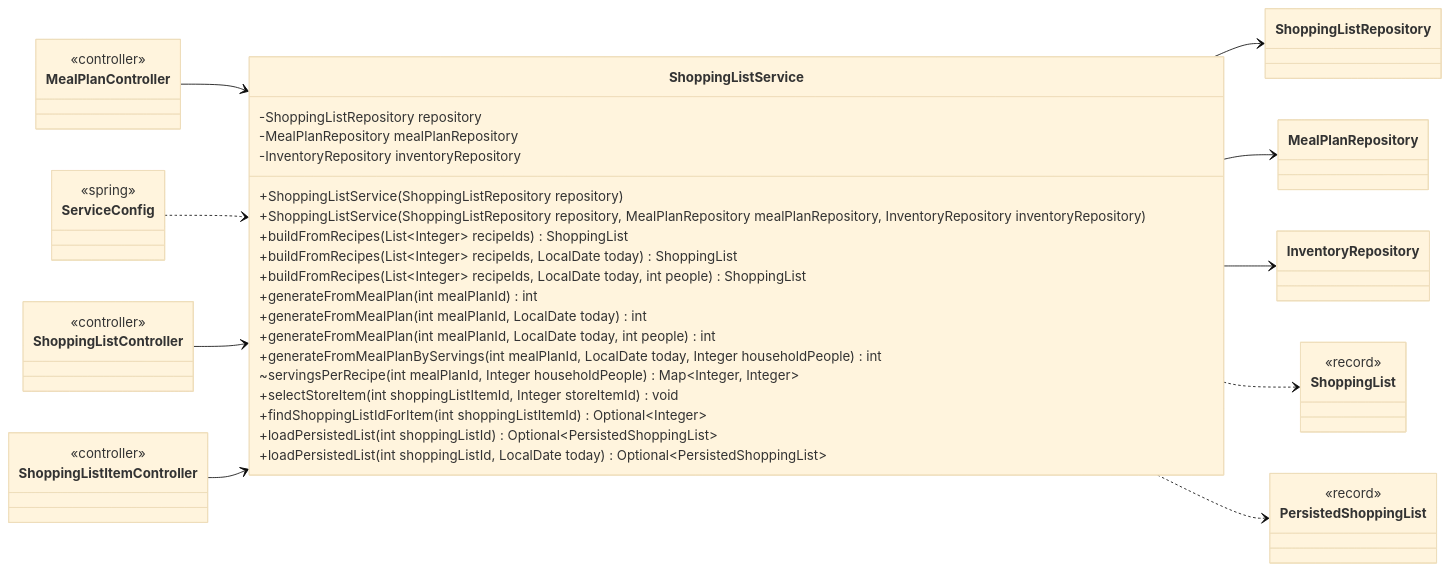
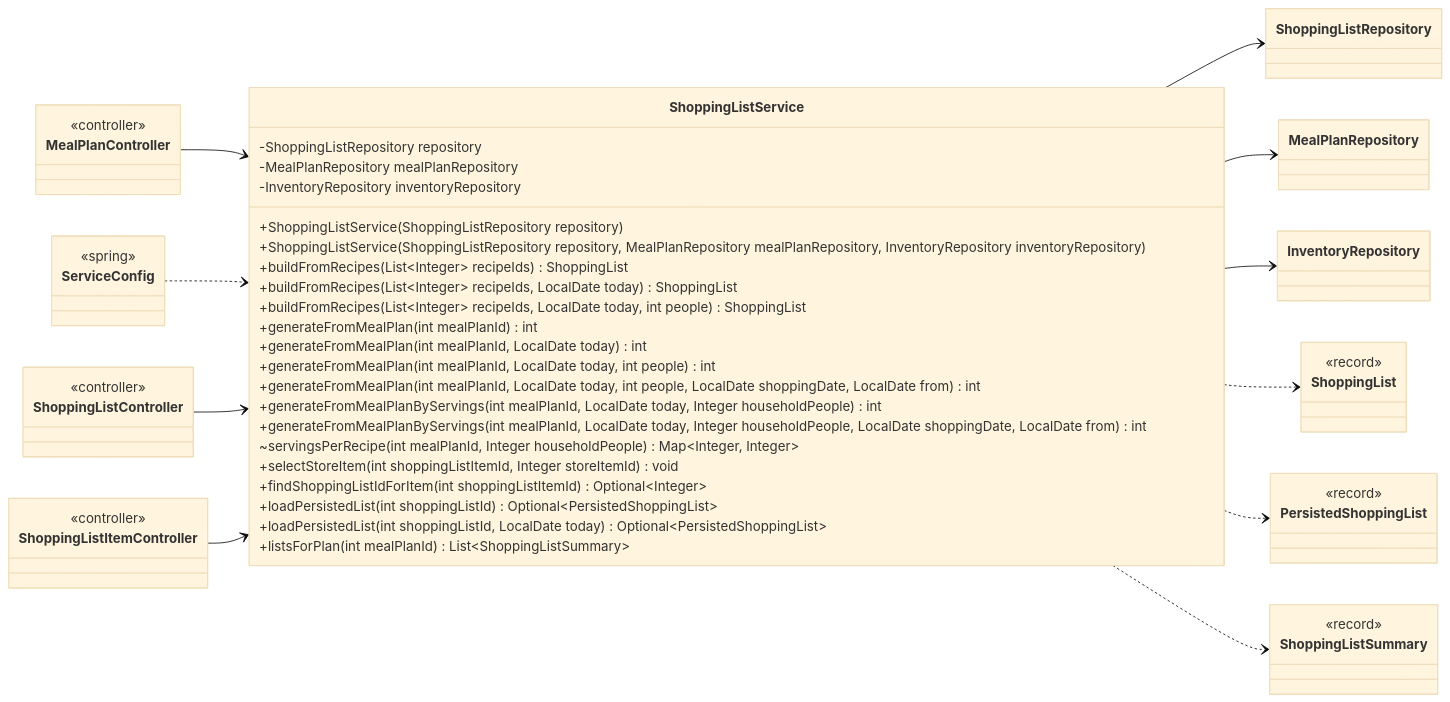
Before and after one commit to Nate-ryan-7690/dahaem: the tenth of 14 diagrams in docs/classes/shopping.md, drawn with Mermaid (base theme). The commit also changed other lines of this file and 27 other files, not shown here.

Commit message:
Shopping list: a shopping day, real amounts with units, kept unavailable lines, recipes per line, review flag

````diff
--- a/docs/classes/shopping.md
+++ b/docs/classes/shopping.md
@@ -423,53 +484,60 @@
 ```mermaid
 classDiagram
     direction LR
     class shopping_ShoppingListService["ShoppingListService"] {
         -ShoppingListRepository repository
         -MealPlanRepository mealPlanRepository
         -InventoryRepository inventoryRepository
         +ShoppingListService(ShoppingListRepository repository)
         +ShoppingListService(ShoppingListRepository repository, MealPlanRepository mealPlanRepository, InventoryRepository inventoryRepository)
         +buildFromRecipes(List~Integer~ recipeIds) ShoppingList
         +buildFromRecipes(List~Integer~ recipeIds, LocalDate today) ShoppingList
         +buildFromRecipes(List~Integer~ recipeIds, LocalDate today, int people) ShoppingList
         +generateFromMealPlan(int mealPlanId) int
         +generateFromMealPlan(int mealPlanId, LocalDate today) int
         +generateFromMealPlan(int mealPlanId, LocalDate today, int people) int
+        +generateFromMealPlan(int mealPlanId, LocalDate today, int people, LocalDate shoppingDate, LocalDate from) int
         +generateFromMealPlanByServings(int mealPlanId, LocalDate today, Integer householdPeople) int
+        +generateFromMealPlanByServings(int mealPlanId, LocalDate today, Integer householdPeople, LocalDate shoppingDate, LocalDate from) int
         ~servingsPerRecipe(int mealPlanId, Integer householdPeople) Map~Integer, Integer~
         +selectStoreItem(int shoppingListItemId, Integer storeItemId) void
         +findShoppingListIdForItem(int shoppingListItemId) Optional~Integer~
         +loadPersistedList(int shoppingListId) Optional~PersistedShoppingList~
         +loadPersistedList(int shoppingListId, LocalDate today) Optional~PersistedShoppingList~
+        +listsForPlan(int mealPlanId) List~ShoppingListSummary~
     }
     class shopping_ShoppingListRepository["ShoppingListRepository"]
     class mealplanner_MealPlanRepository["MealPlanRepository"]
     class inventory_InventoryRepository["InventoryRepository"]
     class api_MealPlanController["MealPlanController"] {
         <<controller>>
     }
     class api_ShoppingListController["ShoppingListController"] {
         <<controller>>
     }
     class api_ShoppingListItemController["ShoppingListItemController"] {
         <<controller>>
     }
     class shopping_ShoppingList["ShoppingList"] {
         <<record>>
     }
     class shopping_PersistedShoppingList["PersistedShoppingList"] {
         <<record>>
     }
+    class shopping_ShoppingListSummary["ShoppingListSummary"] {
+        <<record>>
+    }
     class api_ServiceConfig["ServiceConfig"] {
         <<spring>>
     }
     shopping_ShoppingListService --> shopping_ShoppingListRepository
     shopping_ShoppingListService --> mealplanner_MealPlanRepository
     shopping_ShoppingListService --> inventory_InventoryRepository
     shopping_ShoppingListService ..> shopping_ShoppingList
     shopping_ShoppingListService ..> shopping_PersistedShoppingList
+    shopping_ShoppingListService ..> shopping_ShoppingListSummary
     api_MealPlanController --> shopping_ShoppingListService
     api_ServiceConfig ..> shopping_ShoppingListService
     api_ShoppingListController --> shopping_ShoppingListService
     api_ShoppingListItemController --> shopping_ShoppingListService
 ```
````
